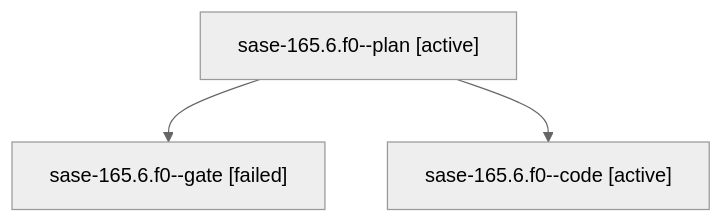
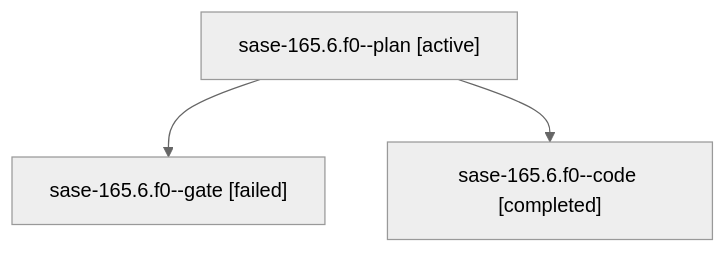
The diagram in families/bbugyi200.athena.sase-165.6.f0.md (sase-org/sase--agents), drawn with Mermaid (neutral theme) before and after one commit. The commit also changed other lines of this file and 35830 other files, not shown here.

````diff
--- a/families/bbugyi200.athena.sase-165.6.f0.md
+++ b/families/bbugyi200.athena.sase-165.6.f0.md
@@ -9,8 +9,8 @@
 ```mermaid
 flowchart TD
   n0["sase-165.6.f0--plan [active]"]
   n1["sase-165.6.f0--gate [failed]"]
   n0 --> n1
-  n2["sase-165.6.f0--code [active]"]
+  n2["sase-165.6.f0--code [completed]"]
   n0 --> n2
 ```
````
